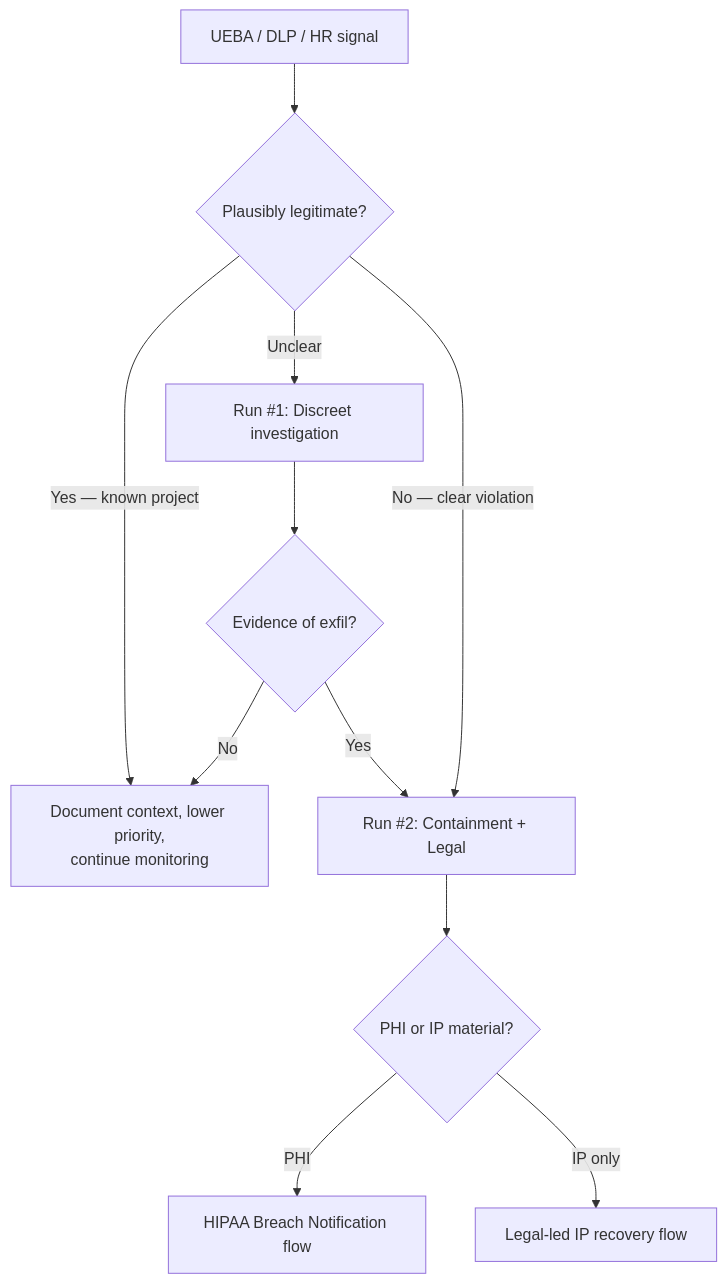
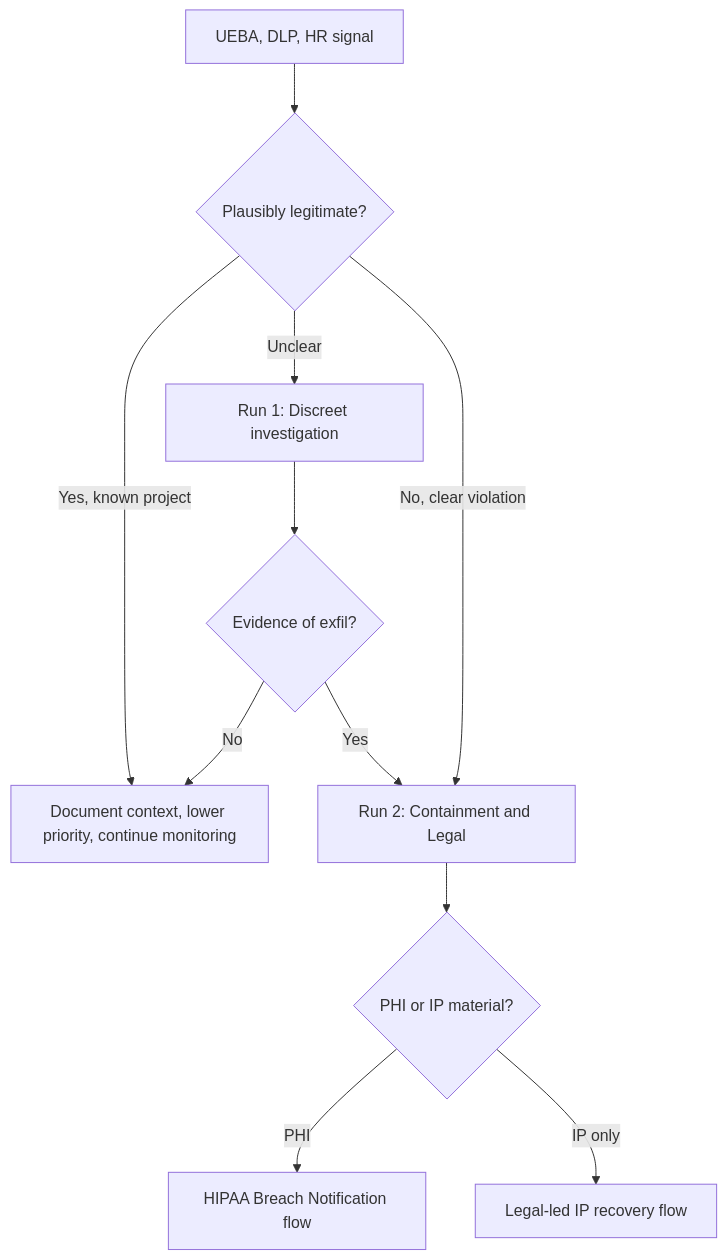
One commit to DhillanC/Thread-Modeling-DCS-CareConnect changed the diagram in Attack Scenario 4/Runbook.md. Above: the diagram before and after it, drawn with Mermaid. The commit also changed 10 other files, not shown here.

First line of the commit message:
fix: make all Mermaid diagrams compatible with GitHub/VSCode preview parser

````diff
--- a/Attack Scenario 4/Runbook.md
+++ b/Attack Scenario 4/Runbook.md
@@ -28,13 +28,13 @@
 ```mermaid
 flowchart TD
-    A[UEBA / DLP / HR signal] --> B{Plausibly legitimate?}
-    B -- "Yes — known project" --> C[Document context, lower priority,<br/>continue monitoring]
-    B -- "Unclear" --> D[Run #1: Discreet investigation]
-    B -- "No — clear violation" --> E[Run #2: Containment + Legal]
-    D --> F{Evidence of exfil?}
-    F -- "No" --> C
-    F -- "Yes" --> E
-    E --> G{PHI or IP material?}
-    G -- "PHI" --> H[HIPAA Breach Notification flow]
-    G -- "IP only" --> I[Legal-led IP recovery flow]
+    Signal[UEBA, DLP, HR signal] --> Q1{Plausibly legitimate?}
+    Q1 -->|Yes, known project| Lower[Document context, lower priority, continue monitoring]
+    Q1 -->|Unclear| Run1[Run 1: Discreet investigation]
+    Q1 -->|No, clear violation| Run2[Run 2: Containment and Legal]
+    Run1 --> Q2{Evidence of exfil?}
+    Q2 -->|No| Lower
+    Q2 -->|Yes| Run2
+    Run2 --> Q3{PHI or IP material?}
+    Q3 -->|PHI| Breach[HIPAA Breach Notification flow]
+    Q3 -->|IP only| Recovery[Legal-led IP recovery flow]
 ```
````
